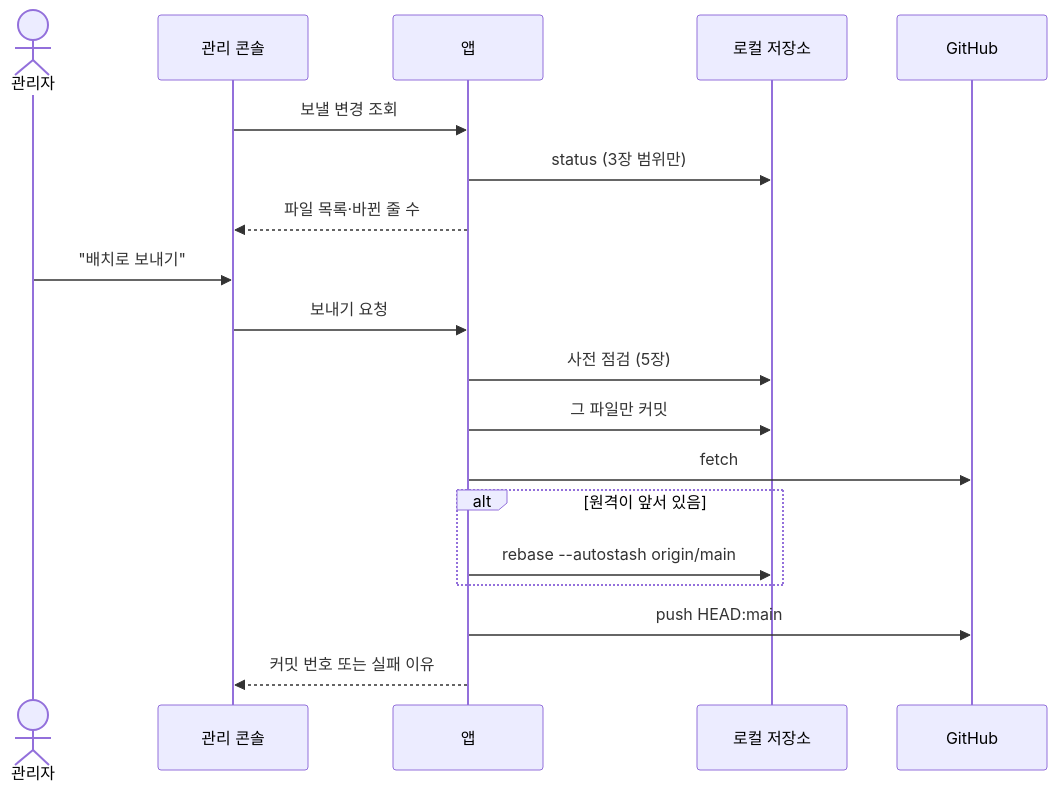
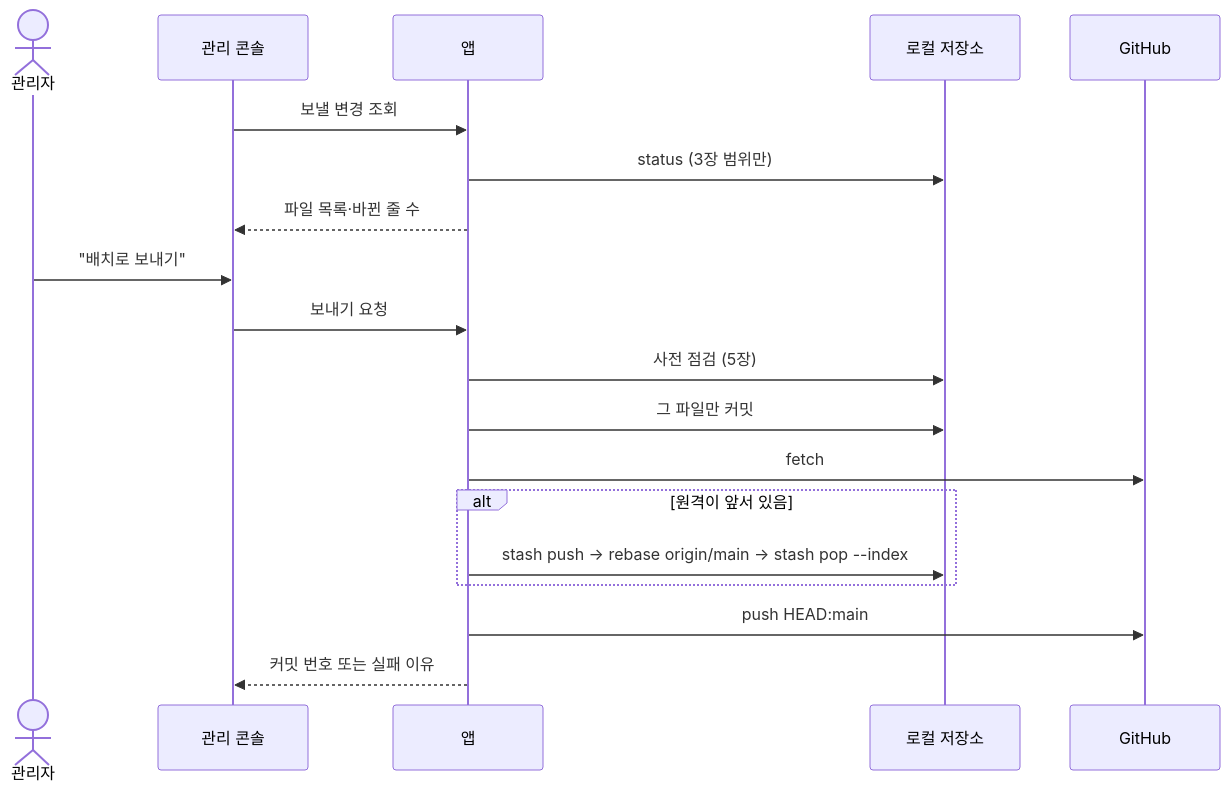
Before and after one commit to minsu0922/study_project: the diagram in docs/29-generated-publish.md, drawn with Mermaid. The commit also changed other lines of this file and 7 other files, not shown here.

````diff
--- a/docs/29-generated-publish.md
+++ b/docs/29-generated-publish.md
@@ -53,22 +53,22 @@
 ```mermaid
 sequenceDiagram
     actor 관리자
     participant 화면 as 관리 콘솔
     participant 앱
     participant git as 로컬 저장소
     participant 원격 as GitHub
 
     화면->>앱: 보낼 변경 조회
     앱->>git: status (3장 범위만)
     앱-->>화면: 파일 목록·바뀐 줄 수
     관리자->>화면: "배치로 보내기"
     화면->>앱: 보내기 요청
     앱->>git: 사전 점검 (5장)
     앱->>git: 그 파일만 커밋
     앱->>원격: fetch
     alt 원격이 앞서 있음
-        앱->>git: rebase --autostash origin/main
+        앱->>git: stash push → rebase origin/main → stash pop --index
     end
     앱->>원격: push HEAD:main
     앱-->>화면: 커밋 번호 또는 실패 이유
 ```
````
